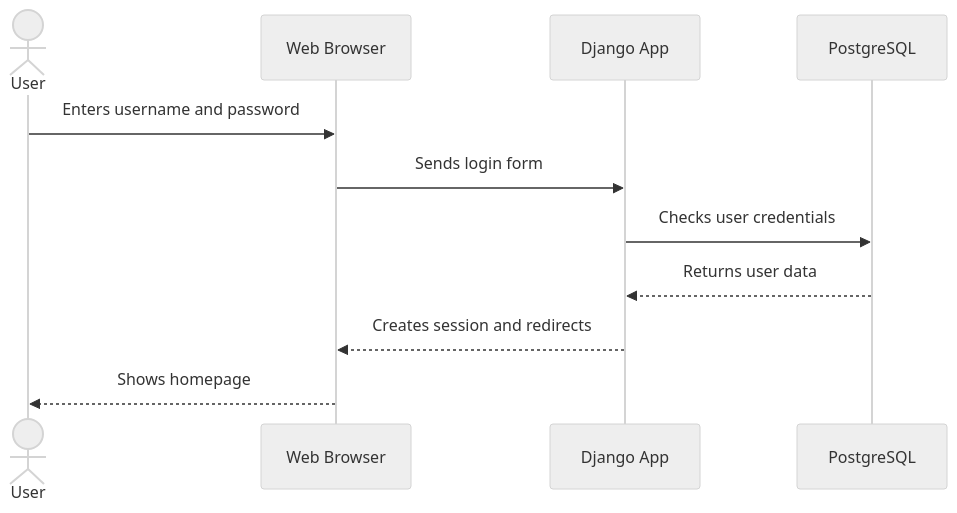
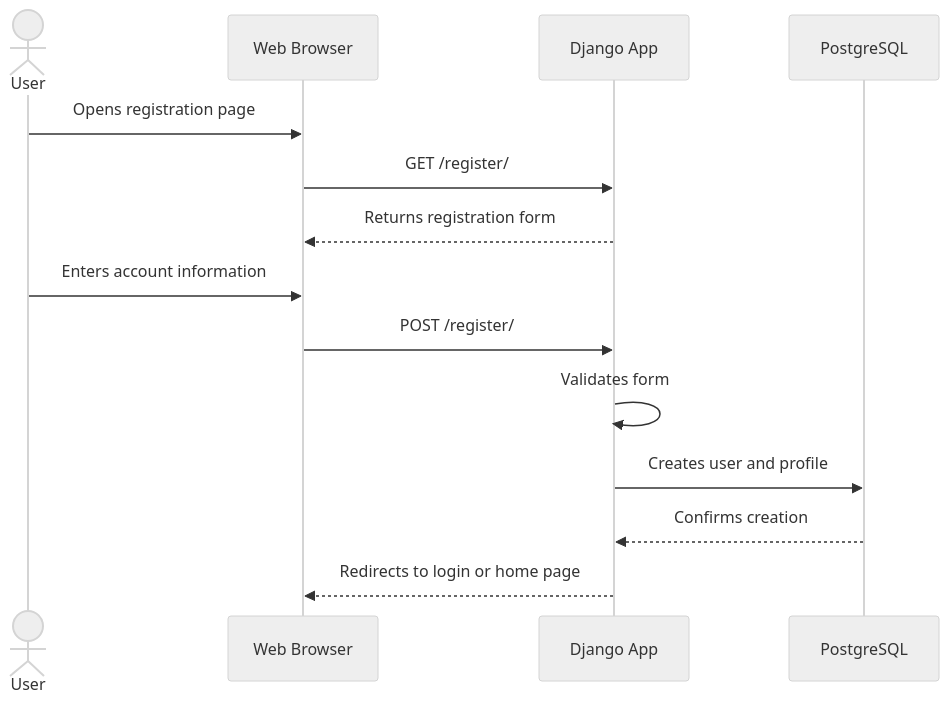
One commit to Handroc/Livract-project changed the third of 9 diagrams in README.md. Above: the diagram before and after it, drawn with Mermaid (neutral theme). The commit also changed other lines of this file, not shown here.

````diff
--- a/README.md
+++ b/README.md
@@ -465,14 +321,16 @@
 ```mermaid
 sequenceDiagram
     actor User
     participant Browser as Web Browser
     participant Django as Django App
     participant DB as PostgreSQL
-
-    User->>Browser: Enters username and password
-    Browser->>Django: Sends login form
-    Django->>DB: Checks user credentials
-    DB-->>Django: Returns user data
-    Django-->>Browser: Creates session and redirects
-    Browser-->>User: Shows homepage
+    User->>Browser: Opens registration page
+    Browser->>Django: GET /register/
+    Django-->>Browser: Returns registration form
+    User->>Browser: Enters account information
+    Browser->>Django: POST /register/
+    Django->>Django: Validates form
+    Django->>DB: Creates user and profile
+    DB-->>Django: Confirms creation
+    Django-->>Browser: Redirects to login or home page
 ```
````
